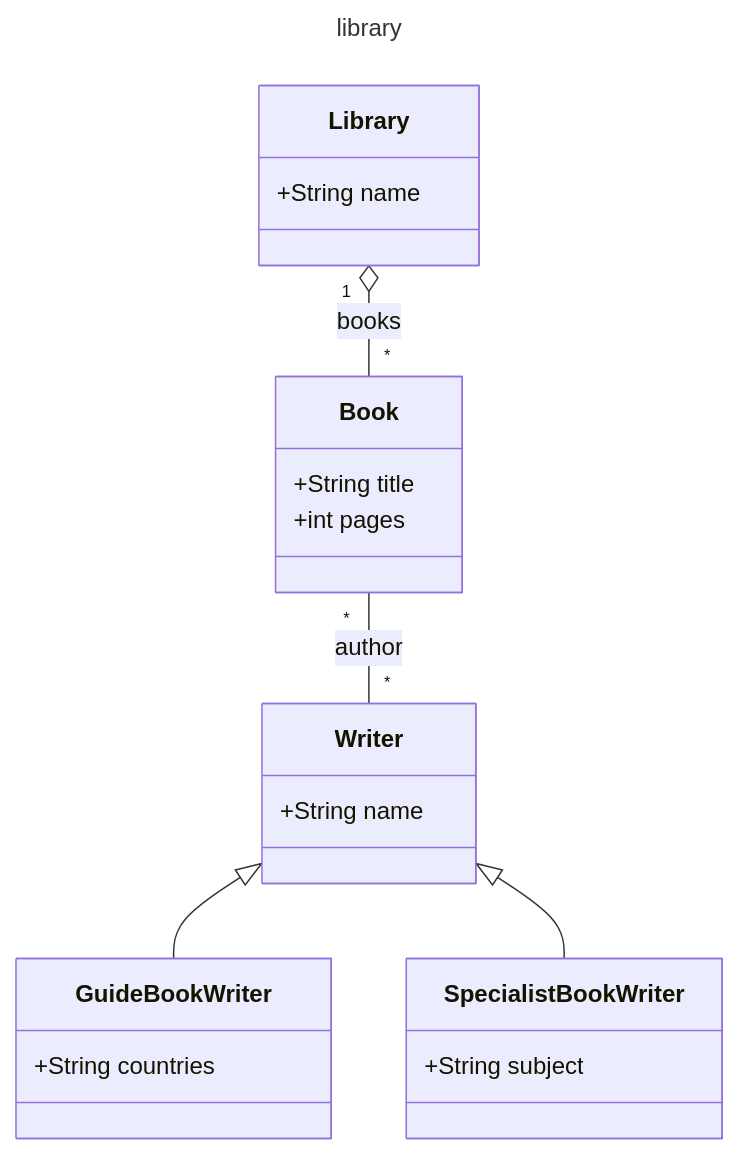
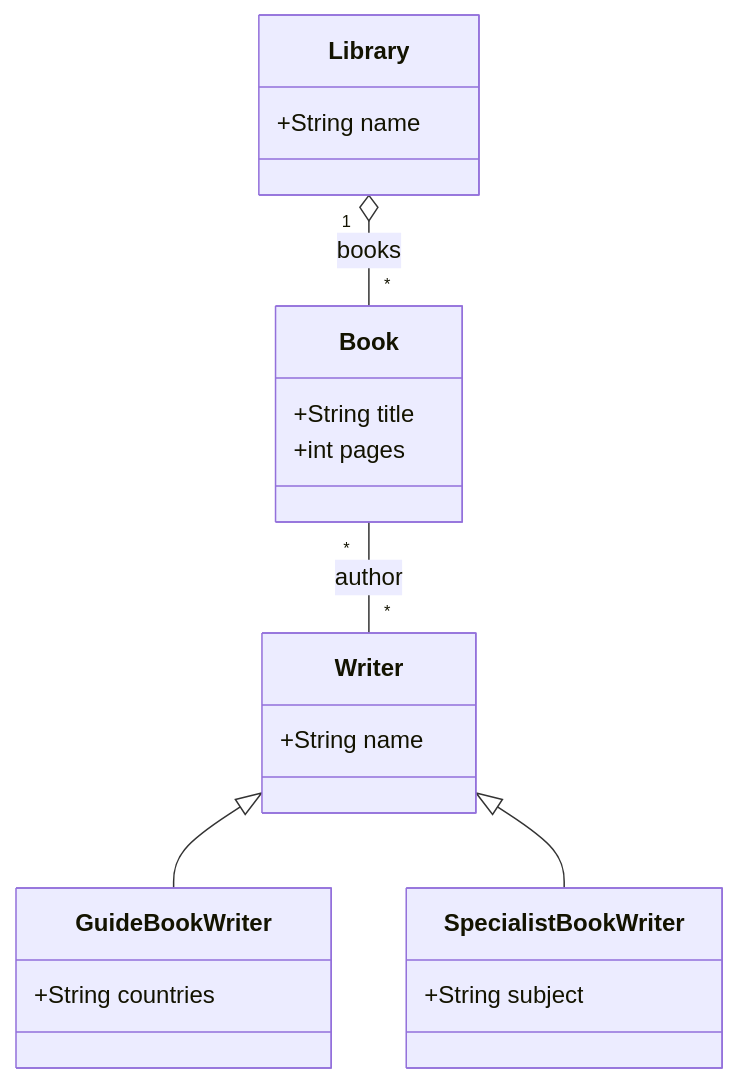
Before and after one commit to LionWeb-io/lionweb-typescript: the diagram in diagrams/library-imported-from-ecore-gen.md, drawn with Mermaid. The commit also changed 3 other files, not shown here.

Commit message:
fix Mermaid diagram generation to work on GitHub

````diff
--- a/diagrams/library-imported-from-ecore-gen.md
+++ b/diagrams/library-imported-from-ecore-gen.md
@@ -1,46 +1,43 @@
 ```mermaid
----
-title: library
----
 classDiagram
 
   class Book {
     +String title
     +int pages
   }
 
   class GuideBookWriter {
     +String countries
   }
   Writer <|-- GuideBookWriter
 
   class Library {
     +String name
   }
 
   class SpecialistBookWriter {
     +String subject
   }
   Writer <|-- SpecialistBookWriter
 
   %% primitive type: "String"
 
   class Writer {
     +String name
   }
 
   %% primitive type: "boolean"
 
   %% primitive type: "int"
 
 
   Book "*" -- "*" Writer: author
 
   Library "1" o-- "*" Book: books
 
 
 
 
 
 
 ```
````
